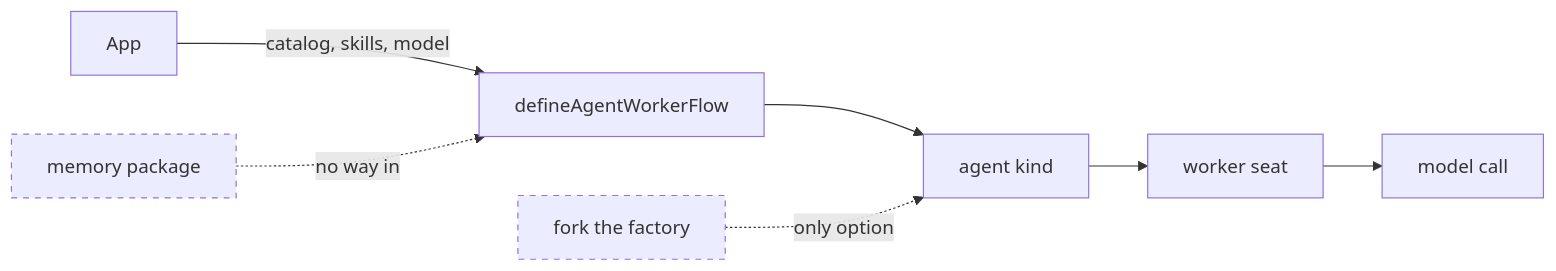
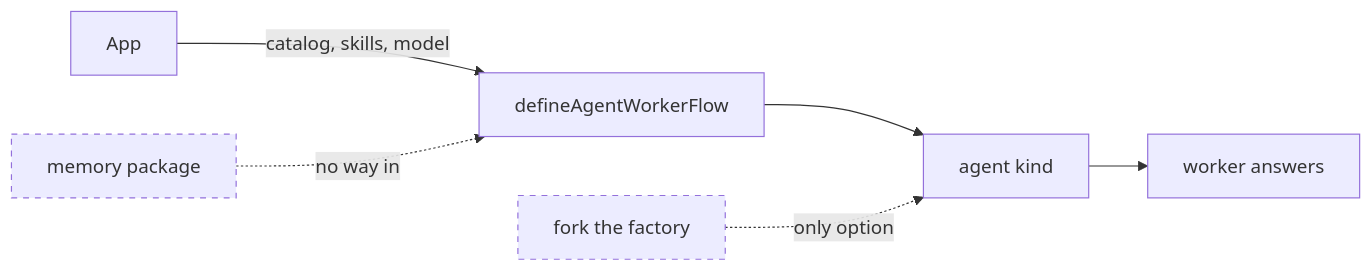
The first of 3 diagrams in spec/FIX-1364.explainer.md (fixpoint-labs/flow-state-dev), drawn with Mermaid before and after one commit. The commit also changed other lines of this file and 4 other files, not shown here.

````diff
--- a/spec/FIX-1364.explainer.md
+++ b/spec/FIX-1364.explainer.md
@@ -7,12 +7,11 @@
 ```mermaid
 flowchart LR
   App[App] -->|catalog, skills, model| Factory[defineAgentWorkerFlow]
   Factory --> Kind[agent kind]
-  Kind --> Seat[worker seat]
-  Seat --> Model[model call]
+  Kind --> Answer[worker answers]
   Mem[memory package] -.->|no way in| Factory
   Fork[fork the factory] -.->|only option| Kind
 
   classDef blocked stroke-dasharray: 5 5
   class Mem,Fork blocked
 ```
````
